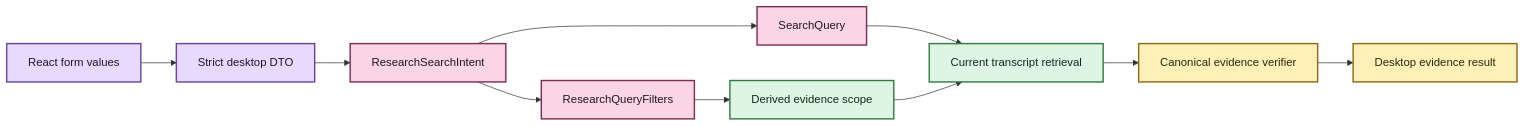
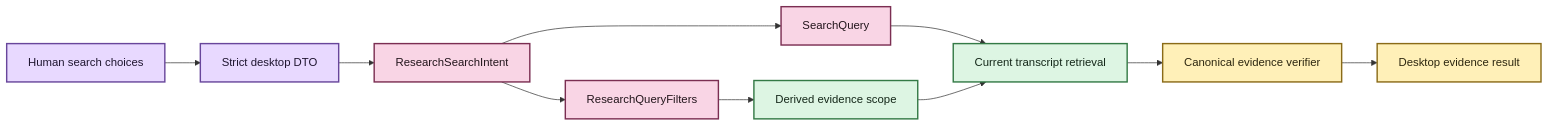
One commit to SSD1805/EchoFlow changed the diagram in docs/research-search.md. Above: the diagram before and after it, drawn with Mermaid. The commit also changed other lines of this file and 25 other files, not shown here.

````diff
--- a/docs/research-search.md
+++ b/docs/research-search.md
@@ -36,22 +83,22 @@
 ```mermaid
 flowchart LR
-    A[React form values] --> B[Strict desktop DTO]
+    A[Human search choices] --> B[Strict desktop DTO]
     B --> C[ResearchSearchIntent]
     C --> D[ResearchQueryFilters]
     C --> E[SearchQuery]
     D --> F[Derived evidence scope]
     E --> G[Current transcript retrieval]
     F --> G
     G --> H[Canonical evidence verifier]
     H --> I[Desktop evidence result]
 
     classDef input fill:#E8D9FF,stroke:#68469B,stroke-width:2px,color:#1F1630
     classDef authority fill:#F9D5E5,stroke:#7B2E52,stroke-width:2px,color:#22151B
     classDef derived fill:#DDF5E3,stroke:#347A46,stroke-width:2px,color:#142719
     classDef evidence fill:#FFF0B8,stroke:#8A6B18,stroke-width:2px,color:#2C260F
 
     class A,B input
     class C,D,E authority
     class F,G derived
     class H,I evidence
 ```
````
